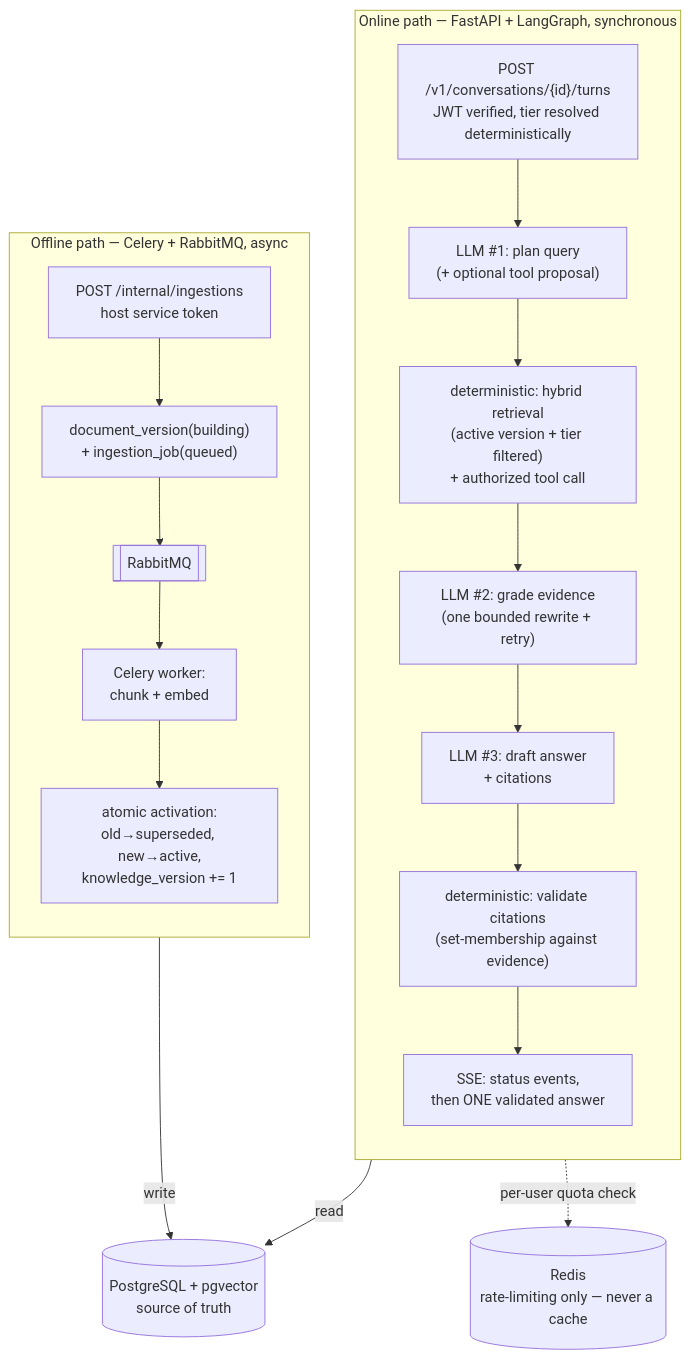
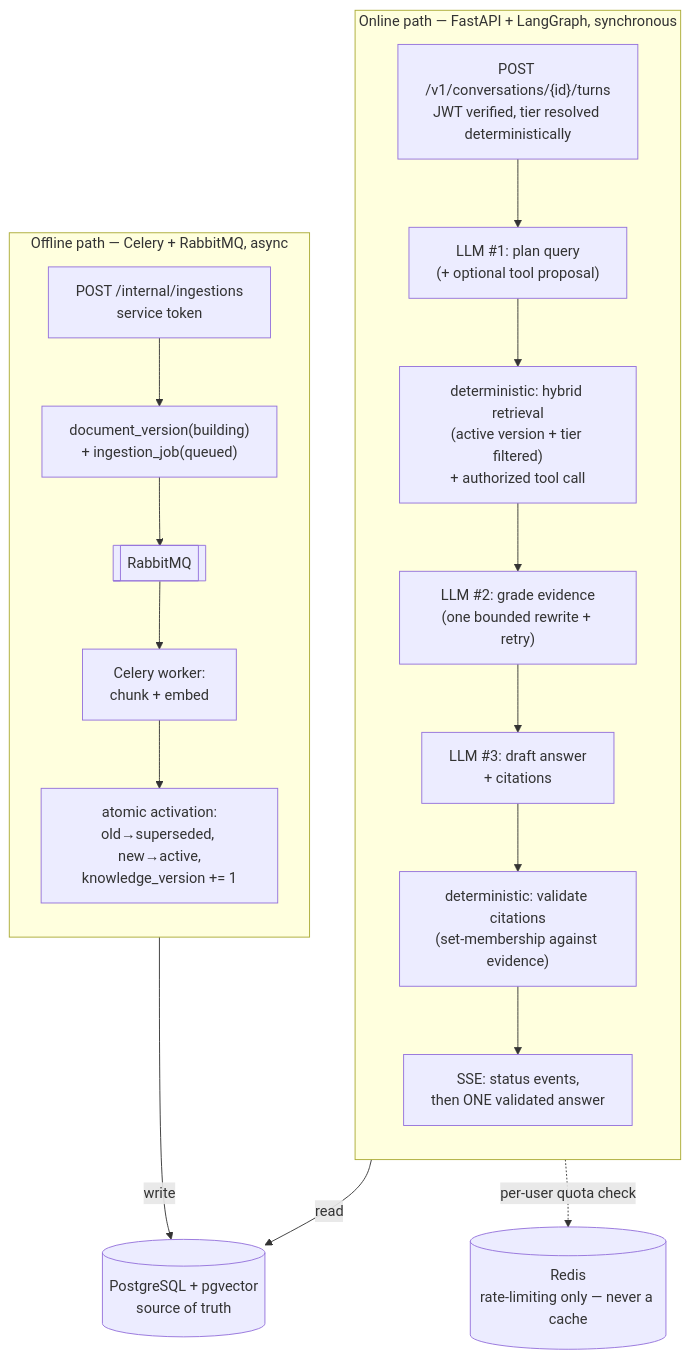
Before and after one commit to haodiu/ai-knowledge-service: the diagram in README.md, drawn with Mermaid. The commit also changed other lines of this file and 1 other file, not shown here.

````diff
--- a/README.md
+++ b/README.md
@@ -22,31 +16,31 @@
 ```mermaid
 flowchart TB
     subgraph online["Online path — FastAPI + LangGraph, synchronous"]
         direction TB
         A1["POST /v1/conversations/{id}/turns<br/>JWT verified, tier resolved deterministically"]
         A2["LLM #1: plan query<br/>(+ optional tool proposal)"]
         A3["deterministic: hybrid retrieval<br/>(active version + tier filtered)<br/>+ authorized tool call"]
         A4["LLM #2: grade evidence<br/>(one bounded rewrite + retry)"]
         A5["LLM #3: draft answer<br/>+ citations"]
         A6["deterministic: validate citations<br/>(set-membership against evidence)"]
         A7["SSE: status events,<br/>then ONE validated answer"]
         A1 --> A2 --> A3 --> A4 --> A5 --> A6 --> A7
     end
 
     subgraph offline["Offline path — Celery + RabbitMQ, async"]
         direction TB
-        B1["POST /internal/ingestions<br/>host service token"]
+        B1["POST /internal/ingestions<br/>service token"]
         B2["document_version(building)<br/>+ ingestion_job(queued)"]
         MQ[["RabbitMQ"]]
         B4["Celery worker:<br/>chunk + embed"]
         B5["atomic activation:<br/>old→superseded, new→active,<br/>knowledge_version += 1"]
         B1 --> B2 --> MQ --> B4 --> B5
     end
 
     DB[("PostgreSQL + pgvector<br/>source of truth")]
     A3 -->|read| DB
     B5 -->|write| DB
 
     R[("Redis<br/>rate-limiting only — never a cache")]
     A1 -.->|per-user quota check| R
 ```
````
